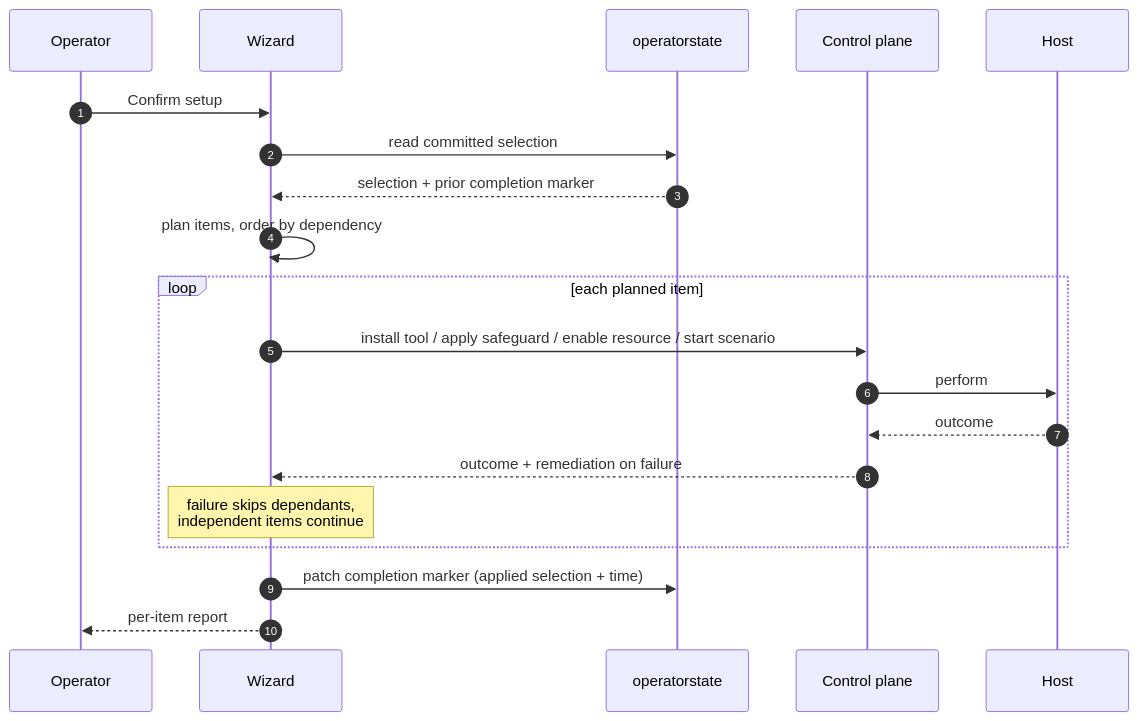
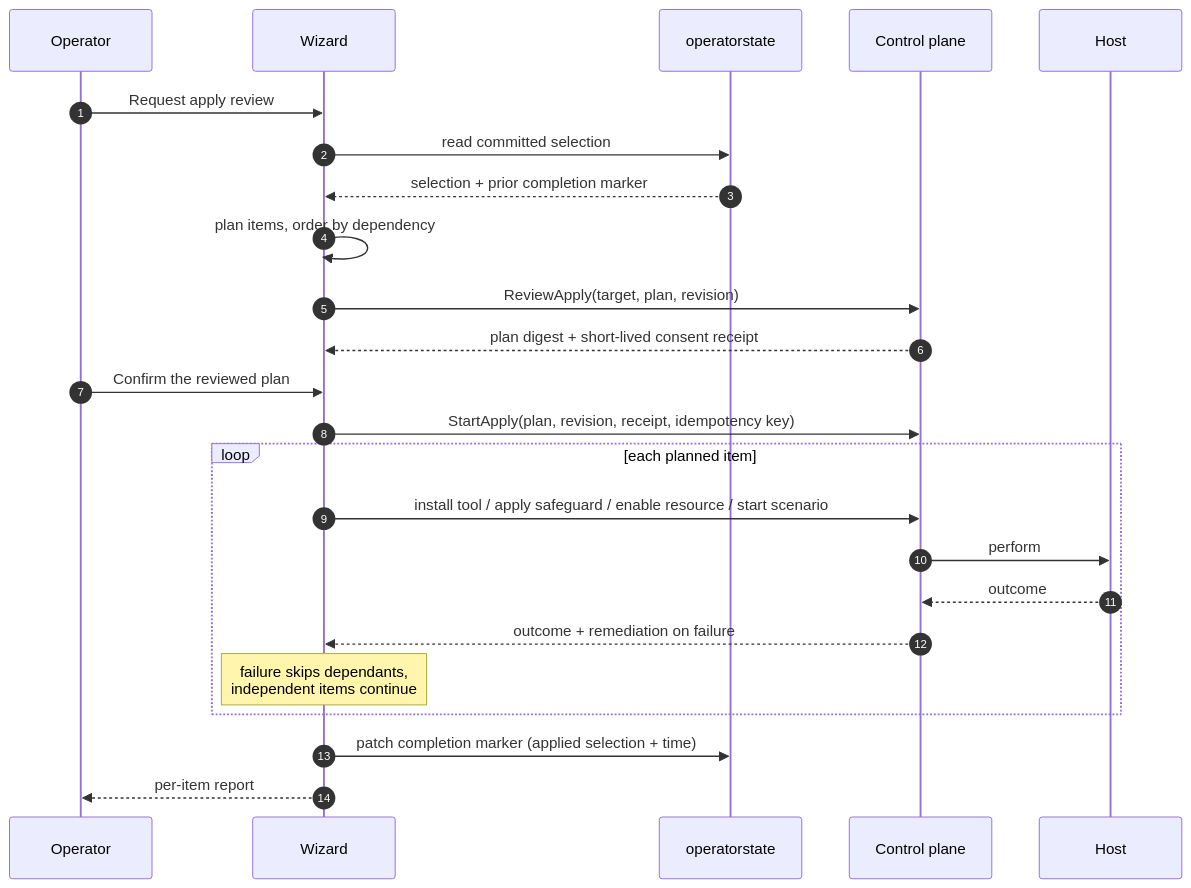
The second of 4 diagrams in scenarios/vrooli-onboarding/docs/WIZARD_FLOW.md (Vrooli/Vrooli), drawn with Mermaid before and after one commit. The commit also changed other lines of this file and 343 other files, not shown here.

````diff
--- a/scenarios/vrooli-onboarding/docs/WIZARD_FLOW.md
+++ b/scenarios/vrooli-onboarding/docs/WIZARD_FLOW.md
@@ -291,23 +294,27 @@
 ```mermaid
 sequenceDiagram
   autonumber
   participant Op as Operator
   participant W as Wizard
   participant S as operatorstate
   participant CP as Control plane
   participant H as Host
 
-  Op->>W: Confirm setup
+  Op->>W: Request apply review
   W->>S: read committed selection
   S-->>W: selection + prior completion marker
   W->>W: plan items, order by dependency
+  W->>CP: ReviewApply(target, plan, revision)
+  CP-->>W: plan digest + short-lived consent receipt
+  Op->>W: Confirm the reviewed plan
+  W->>CP: StartApply(plan, revision, receipt, idempotency key)
   loop each planned item
     W->>CP: install tool / apply safeguard / enable resource / start scenario
     CP->>H: perform
     H-->>CP: outcome
     CP-->>W: outcome + remediation on failure
     Note over W: failure skips dependants,<br/>independent items continue
   end
   W->>S: patch completion marker (applied selection + time)
   W-->>Op: per-item report
 ```
````
